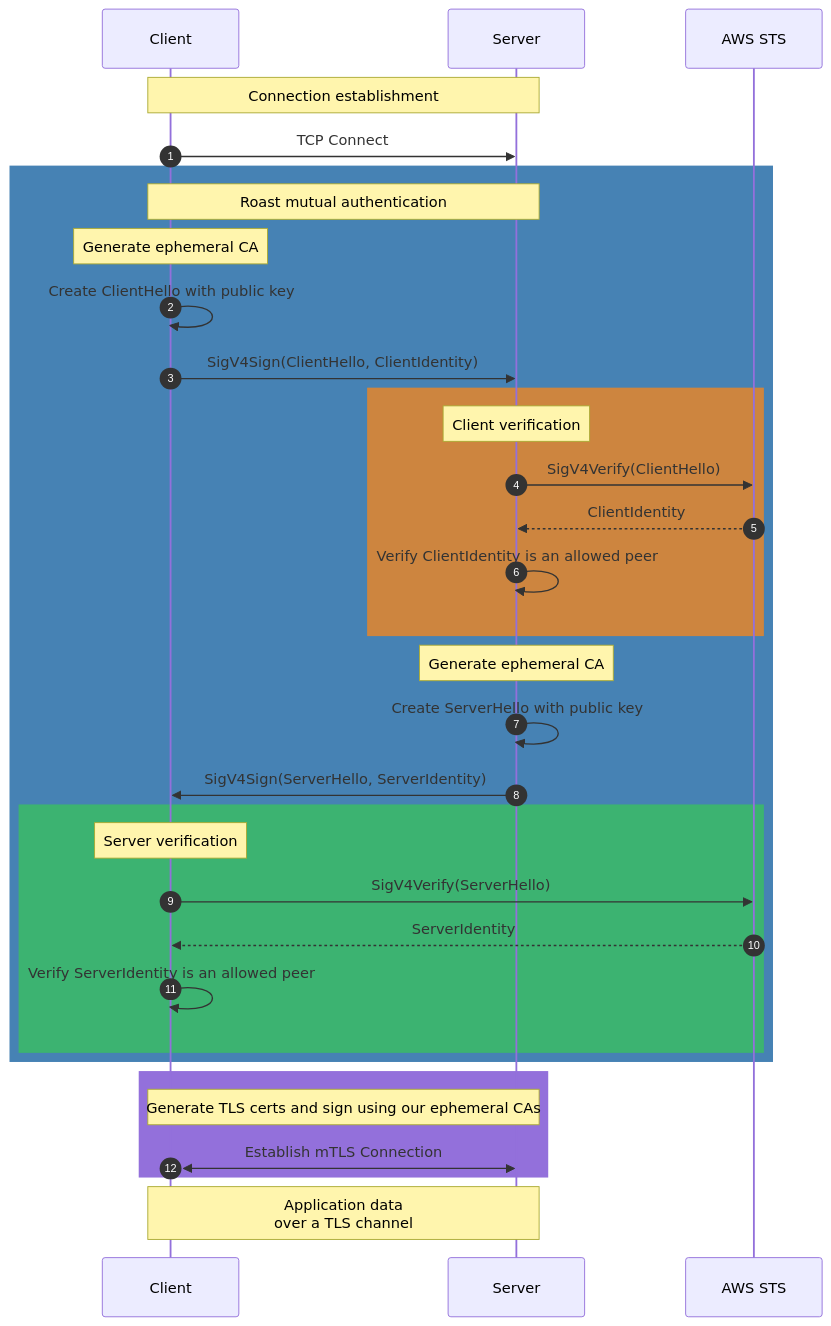
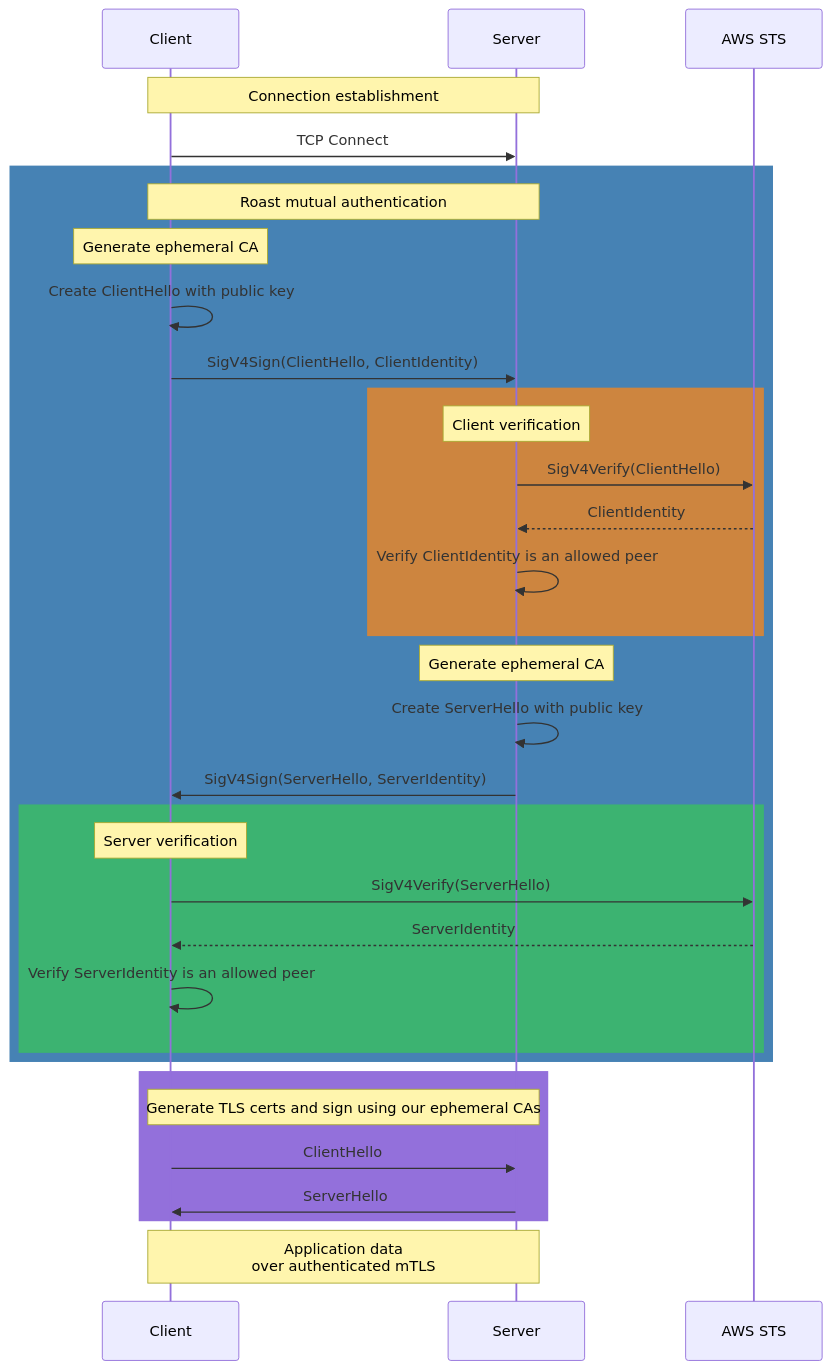
The second of 2 diagrams in docs/protocol.md (thomasdesr/roast), drawn with Mermaid before and after one commit. The commit also changed other lines of this file, not shown here.

Commit message:
No autonumber, more cleanup

````diff
--- a/docs/protocol.md
+++ b/docs/protocol.md
@@ -95,43 +94,43 @@
 ```mermaid
 sequenceDiagram
-    autonumber
     participant C as Client  
     participant S as Server
     participant AWS as AWS STS
 
     Note over C,S: Connection establishment
     C->>S: TCP Connect
 
     rect rgb(70, 130, 180)
         Note over C,S: Roast mutual authentication
         
         Note over C: Generate ephemeral CA
         C->>C: Create ClientHello with public key
         C->>S: SigV4Sign(ClientHello, ClientIdentity)
         
         rect rgb(205, 133, 63)
             Note over S: Client verification
             S->>AWS: SigV4Verify(ClientHello)
             AWS-->>S: ClientIdentity
             S->>S: Verify ClientIdentity is an allowed peer
         end
         
         Note over S: Generate ephemeral CA
         S->>S: Create ServerHello with public key
         S->>C: SigV4Sign(ServerHello, ServerIdentity)
         
         rect rgb(60, 179, 113)
             Note over C: Server verification
             C->>AWS: SigV4Verify(ServerHello)
             AWS-->>C: ServerIdentity
             C->>C: Verify ServerIdentity is an allowed peer
         end
     end
 
     rect rgb(147, 112, 219)
         Note over C,S: Generate TLS certs and sign using our ephemeral CAs
-        C<<->>S: Establish mTLS Connection
+        C->>S: ClientHello
+        S->>C: ServerHello
     end
 
-    Note over C,S: Application data<br/>over a TLS channel
+    Note over C,S: Application data<br/>over authenticated mTLS
 ```
````
